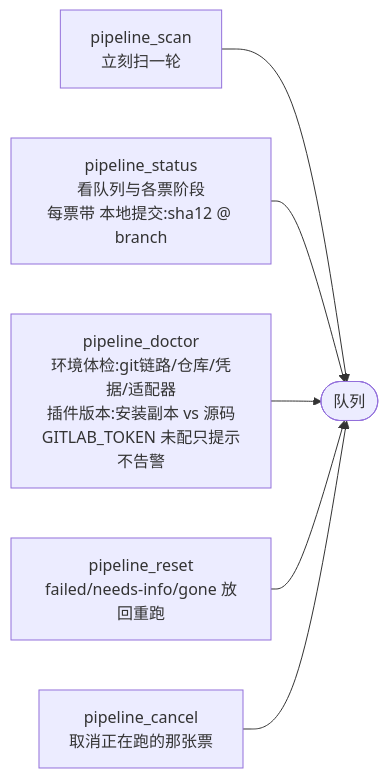
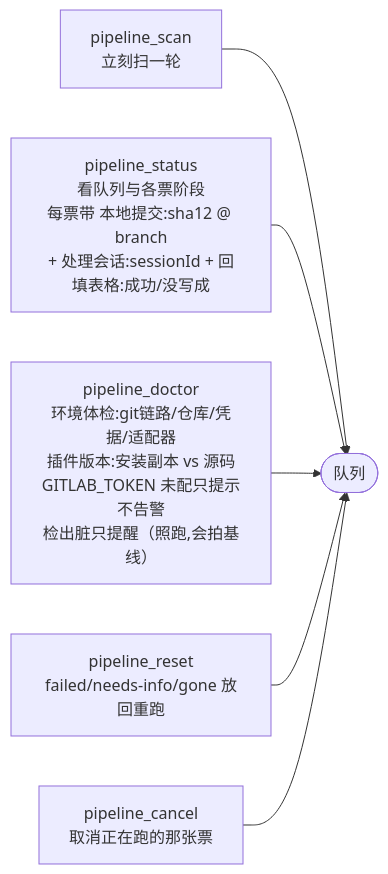
The sixth of 6 diagrams in docs/ticket-pipeline/operation-flow.md (Mentality486/dsh-ticket-pipeline), drawn with Mermaid before and after one commit. The commit also changed other lines of this file and 26 other files, not shown here.

````diff
--- a/docs/ticket-pipeline/operation-flow.md
+++ b/docs/ticket-pipeline/operation-flow.md
@@ -171,8 +184,8 @@
 ```mermaid
 flowchart LR
     T1[pipeline_scan<br/>立刻扫一轮] --> Q([队列])
-    T2[pipeline_status<br/>看队列与各票阶段<br/>每票带 本地提交:sha12 @ branch] --> Q
-    T3[pipeline_doctor<br/>环境体检:git链路/仓库/凭据/适配器<br/>插件版本:安装副本 vs 源码<br/>GITLAB_TOKEN 未配只提示不告警] --> Q
+    T2[pipeline_status<br/>看队列与各票阶段<br/>每票带 本地提交:sha12 @ branch<br/>+ 处理会话:sessionId + 回填表格:成功/没写成] --> Q
+    T3[pipeline_doctor<br/>环境体检:git链路/仓库/凭据/适配器<br/>插件版本:安装副本 vs 源码<br/>GITLAB_TOKEN 未配只提示不告警<br/>检出脏只提醒（照跑,会拍基线）] --> Q
     T4[pipeline_reset<br/>failed/needs-info/gone 放回重跑] --> Q
     T5[pipeline_cancel<br/>取消正在跑的那张票] --> Q
 ```
````
